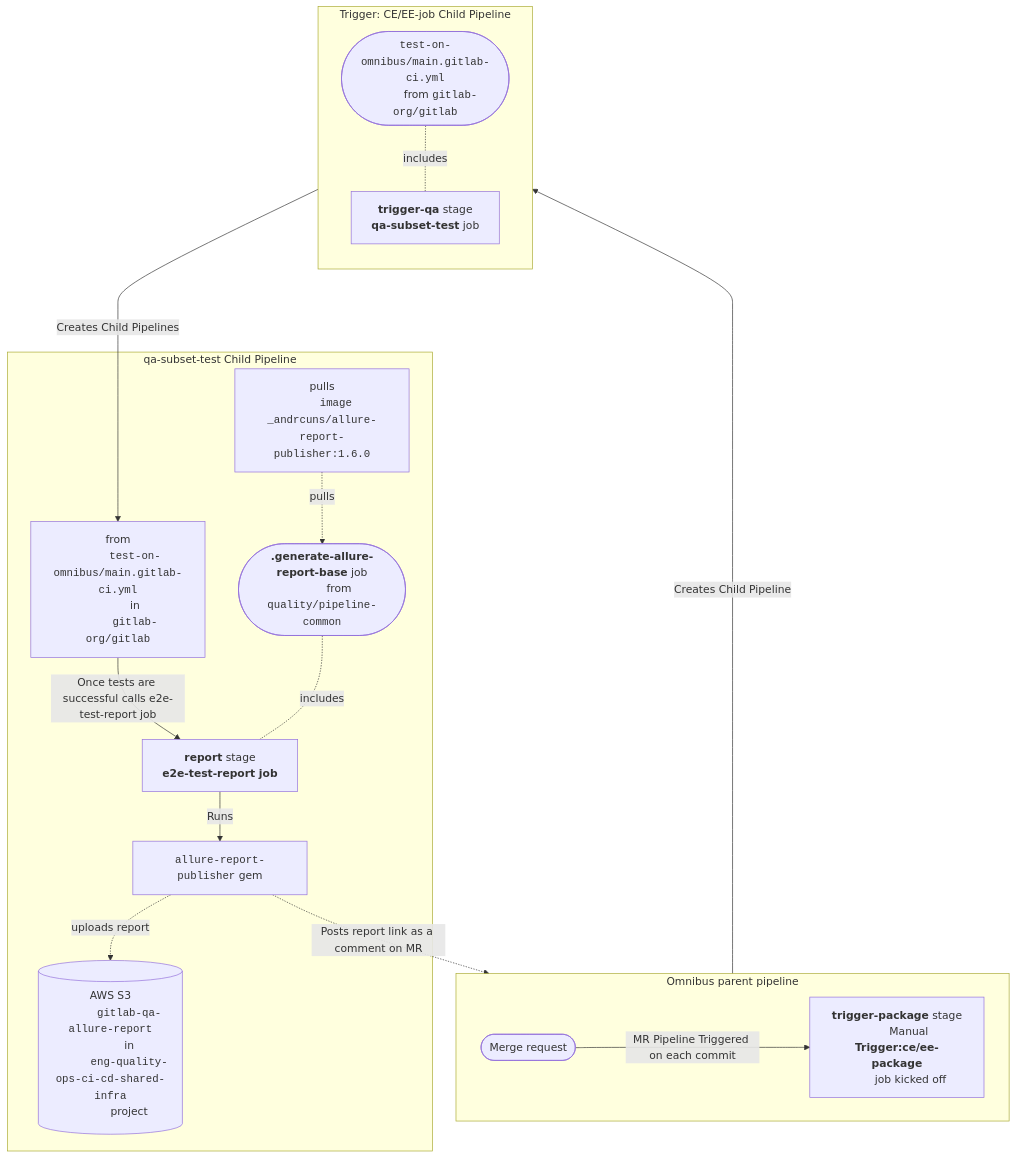
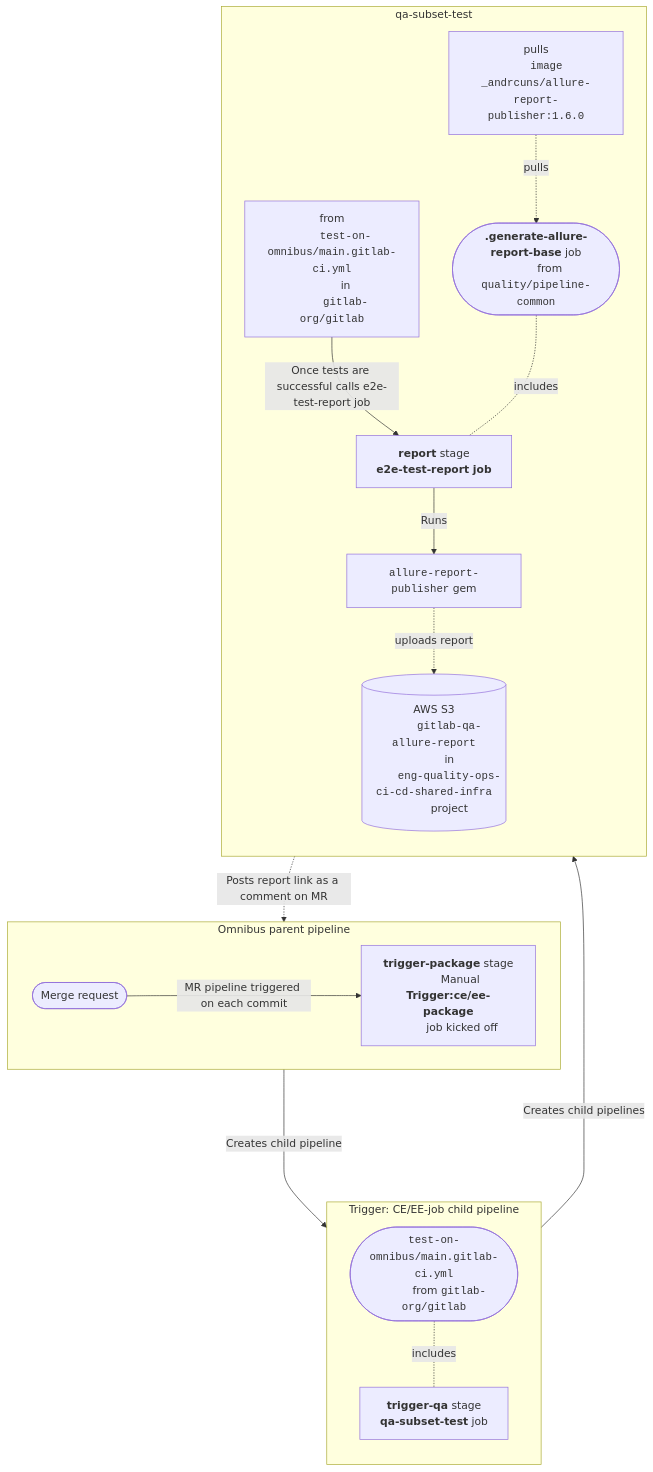
Before and after one commit to gitlabhq/omnibus-gitlab: the diagram in doc/development/allure-test-report.md, drawn with Mermaid.

Commit message:
Shorten mermaid subgraph title
The overlap of the subgraph title "qa-subset-test Child Pipeline"
and its nodes is a known limitation in Mermaid, especially when
using direction TB and the subgraph's first node is tall or complex.

````diff
--- a/doc/development/allure-test-report.md
+++ b/doc/development/allure-test-report.md
@@ -66,48 +66,49 @@
 ```mermaid
 flowchart TD
-  B0 --->|MR Pipeline Triggered on each commit| A0
-  A0 ---->|Creates Child Pipeline| A1
-  A1 ---->|Creates Child Pipelines| A2
+  B0 --->|MR pipeline triggered on each commit| A0
+  A0 ---->|Creates child pipeline| A1
+  A1 ---->|Creates child pipelines| A2
   A2 -->|"Once tests are successful calls e2e-test-report job"| B1
   A3 -.-|includes| A1
   B2 -.-|includes| B1
   B1 -->|Runs| C1
   C1 -.->|uploads report| C2
   C1 -.->|Posts report link as a comment on MR| B0
   C3 -.->|pulls| B2
 
   subgraph "Omnibus parent pipeline"
     direction LR
     B0(["Merge request"])
     A0["<strong>trigger-package</strong> stage
         Manual <strong>Trigger:ce/ee-package</strong>
         job kicked off"]
   end
 
-  subgraph Trigger: CE/EE-job Child Pipeline
+  subgraph Trigger: CE/EE-job child pipeline
     direction TB
     A1["<strong>trigger-qa</strong> stage
         <strong>qa-subset-test</strong> job"]
     A3(["<code>test-on-omnibus/main.gitlab-ci.yml</code>
          from <code>gitlab-org/gitlab</code>"])
   end
 
-  subgraph qa-subset-test Child Pipeline
-      A2["from
-          <code>test-on-omnibus/main.gitlab-ci.yml</code>
-          in
-          <code>gitlab-org/gitlab</code>"]
-      B1["<strong>report</strong> stage
-          <strong>e2e-test-report<strong> job"]
-      B2(["<strong>.generate-allure-report-base</strong> job
-           from <code>quality/pipeline-common</code>"])
-      C1["<code>allure-report-publisher</code> gem"]
-      C2[("AWS S3
-           <code>gitlab-qa-allure-report</code>
-           in
-           <code>eng-quality-ops-ci-cd-shared-infra</code>
-           project")]
-      C3["pulls
-          <code>image _andrcuns/allure-report-publisher:1.6.0</code>"]
+  subgraph qa-subset-test
+    direction TB
+    A2["from
+        <code>test-on-omnibus/main.gitlab-ci.yml</code>
+        in
+        <code>gitlab-org/gitlab</code>"]
+    B1["<strong>report</strong> stage
+        <strong>e2e-test-report<strong> job"]
+    B2(["<strong>.generate-allure-report-base</strong> job
+         from <code>quality/pipeline-common</code>"])
+    C1["<code>allure-report-publisher</code> gem"]
+    C2[("AWS S3
+         <code>gitlab-qa-allure-report</code>
+         in
+         <code>eng-quality-ops-ci-cd-shared-infra</code>
+         project")]
+    C3["pulls
+        <code>image _andrcuns/allure-report-publisher:1.6.0</code>"]
   end
 ```
````
